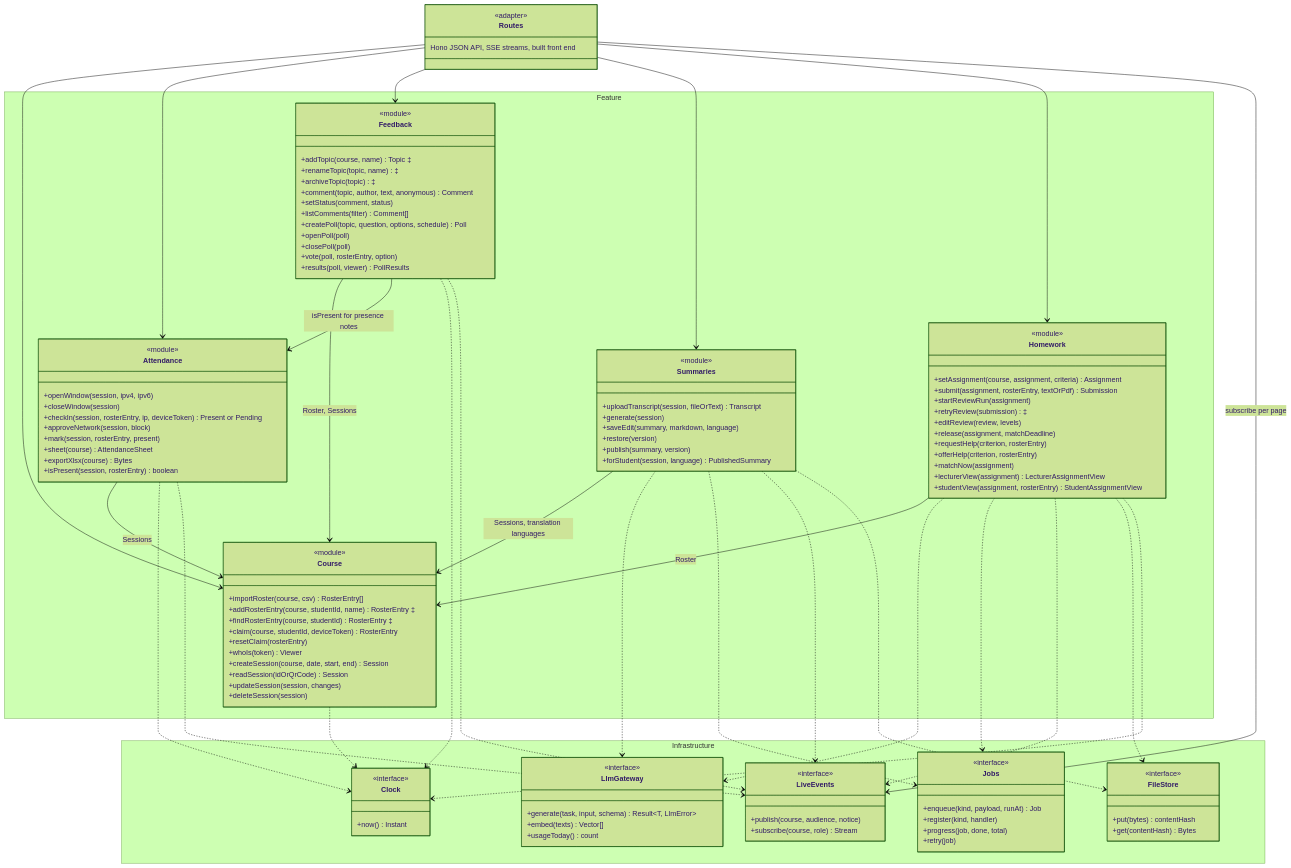
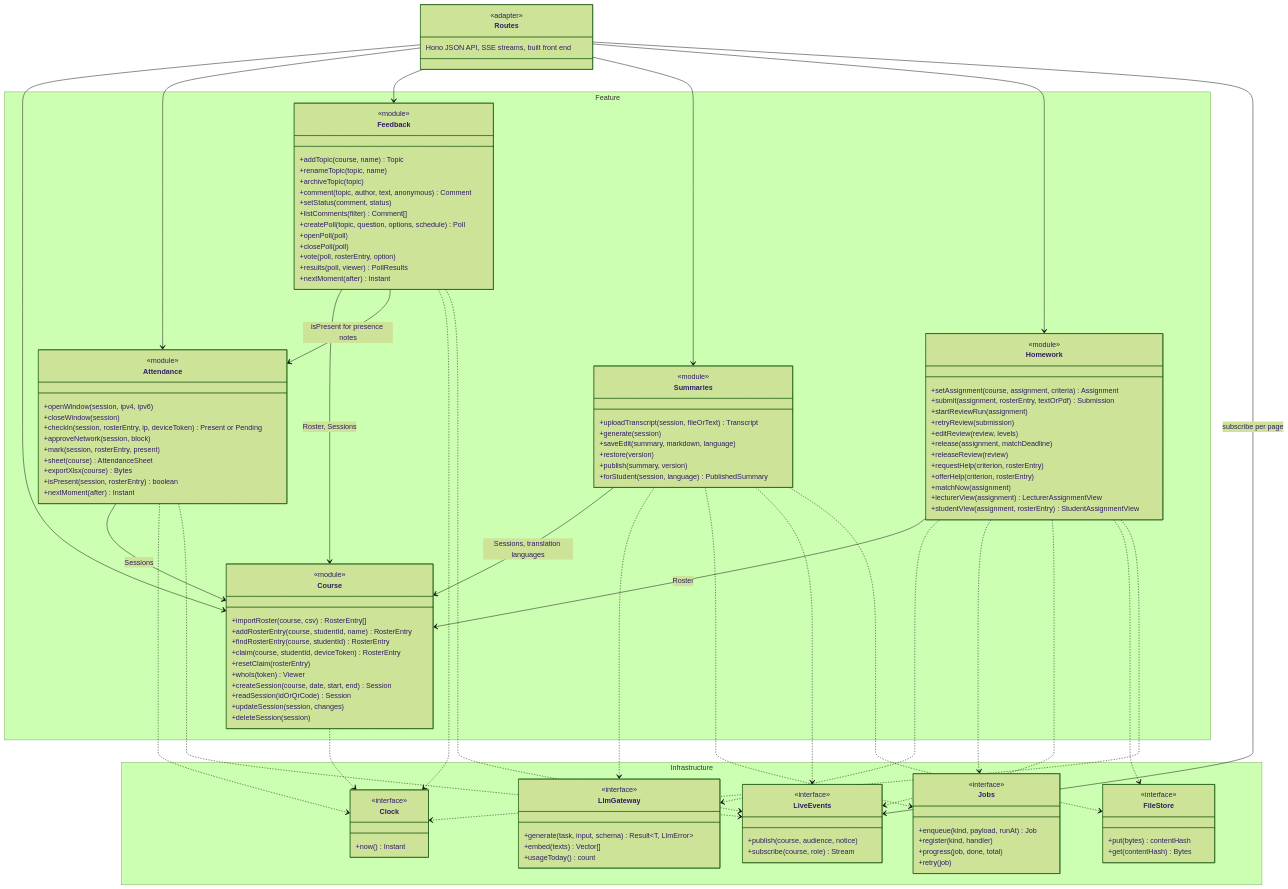
The first of 7 diagrams in docs/diagrams/class-diagram.md (ofeq-dev/class-connect), drawn with Mermaid (forest theme) before and after one commit. The commit also changed other lines of this file and 2 other files, not shown here.

Commit message:
Settle the diagram seams: review runs, timer, Help matching
Resolves "Open seams found while drawing the diagrams" (#15): failed
Submissions no longer stall a review run, Late Submissions join
similarity and are released alone, scheduled moments come from each
module's nextMoment(after), and the deadline help.match job no-ops
after Match now.

```diff
--- a/docs/diagrams/class-diagram.md
+++ b/docs/diagrams/class-diagram.md
@@ -21,8 +21,8 @@
     class Course {
       <<module>>
       +importRoster(course, csv) RosterEntry[]
-      +addRosterEntry(course, studentId, name) RosterEntry ‡
-      +findRosterEntry(course, studentId) RosterEntry ‡
+      +addRosterEntry(course, studentId, name) RosterEntry
+      +findRosterEntry(course, studentId) RosterEntry
       +claim(course, studentId, deviceToken) RosterEntry
       +resetClaim(rosterEntry)
       +whoIs(token) Viewer
@@ -41,12 +41,13 @@
       +sheet(course) AttendanceSheet
       +exportXlsx(course) Bytes
       +isPresent(session, rosterEntry) boolean
+      +nextMoment(after) Instant
     }
     class Feedback {
       <<module>>
-      +addTopic(course, name) Topic ‡
-      +renameTopic(topic, name) ‡
-      +archiveTopic(topic) ‡
+      +addTopic(course, name) Topic
+      +renameTopic(topic, name)
+      +archiveTopic(topic)
       +comment(topic, author, text, anonymous) Comment
       +setStatus(comment, status)
       +listComments(filter) Comment[]
@@ -55,6 +56,7 @@
       +closePoll(poll)
       +vote(poll, rosterEntry, option)
       +results(poll, viewer) PollResults
+      +nextMoment(after) Instant
     }
     class Summaries {
       <<module>>
@@ -70,9 +72,10 @@
       +setAssignment(course, assignment, criteria) Assignment
       +submit(assignment, rosterEntry, textOrPdf) Submission
       +startReviewRun(assignment)
-      +retryReview(submission) ‡
+      +retryReview(submission)
       +editReview(review, levels)
       +release(assignment, matchDeadline)
+      +releaseReview(review)
       +requestHelp(criterion, rosterEntry)
       +offerHelp(criterion, rosterEntry)
       +matchNow(assignment)
```
